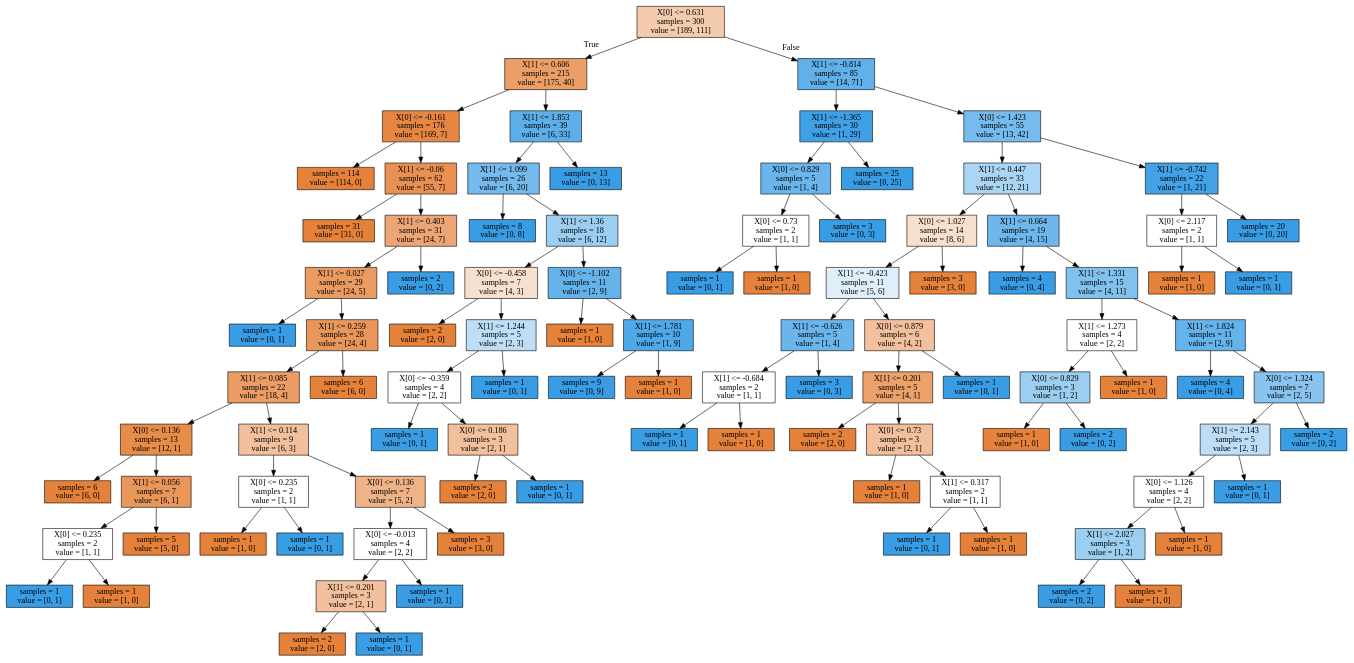
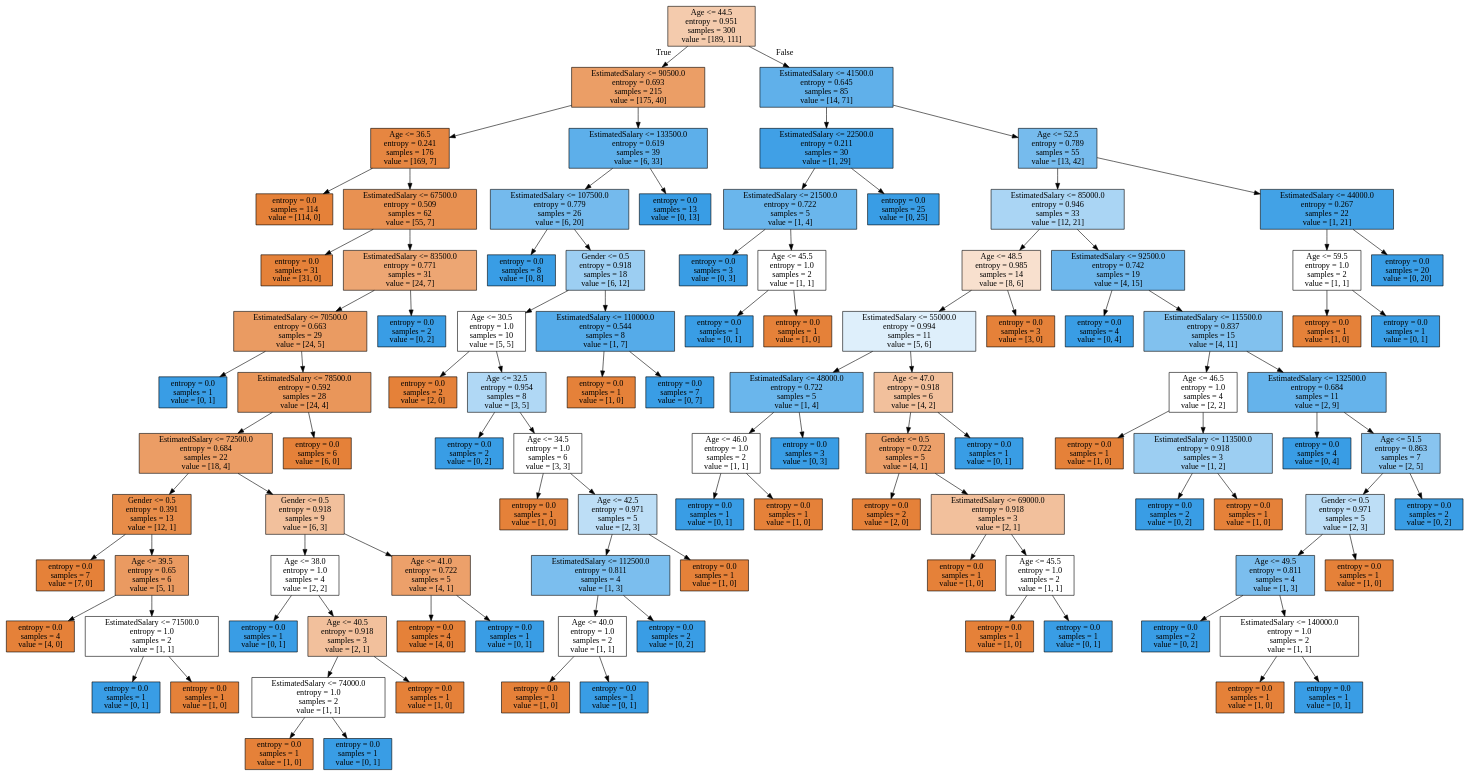
The diagram in Classification Algorithms/tree.dot (FabioMMaia/Machine_Learning), drawn with Graphviz before and after one commit. The commit also changed 16 other files, not shown here.

```diff
--- a/Classification Algorithms/tree.dot
+++ b/Classification Algorithms/tree.dot
@@ -1,204 +1,208 @@
 digraph Tree {
 node [shape=box, style="filled", color="black"] ;
-0 [label="X[0] <= 0.631\nsamples = 300\nvalue = [189, 111]", fillcolor="#f4cbad"] ;
-1 [label="X[1] <= 0.606\nsamples = 215\nvalue = [175, 40]", fillcolor="#eb9e66"] ;
+0 [label="Age <= 44.5\nentropy = 0.951\nsamples = 300\nvalue = [189, 111]", fillcolor="#f4cbad"] ;
+1 [label="EstimatedSalary <= 90500.0\nentropy = 0.693\nsamples = 215\nvalue = [175, 40]", fillcolor="#eb9e66"] ;
 0 -> 1 [labeldistance=2.5, labelangle=45, headlabel="True"] ;
-2 [label="X[0] <= -0.161\nsamples = 176\nvalue = [169, 7]", fillcolor="#e68641"] ;
+2 [label="Age <= 36.5\nentropy = 0.241\nsamples = 176\nvalue = [169, 7]", fillcolor="#e68641"] ;
 1 -> 2 ;
-3 [label="samples = 114\nvalue = [114, 0]", fillcolor="#e58139"] ;
+3 [label="entropy = 0.0\nsamples = 114\nvalue = [114, 0]", fillcolor="#e58139"] ;
 2 -> 3 ;
-4 [label="X[1] <= -0.06\nsamples = 62\nvalue = [55, 7]", fillcolor="#e89152"] ;
+4 [label="EstimatedSalary <= 67500.0\nentropy = 0.509\nsamples = 62\nvalue = [55, 7]", fillcolor="#e89152"] ;
 2 -> 4 ;
-5 [label="samples = 31\nvalue = [31, 0]", fillcolor="#e58139"] ;
+5 [label="entropy = 0.0\nsamples = 31\nvalue = [31, 0]", fillcolor="#e58139"] ;
 4 -> 5 ;
-6 [label="X[1] <= 0.403\nsamples = 31\nvalue = [24, 7]", fillcolor="#eda673"] ;
+6 [label="EstimatedSalary <= 83500.0\nentropy = 0.771\nsamples = 31\nvalue = [24, 7]", fillcolor="#eda673"] ;
 4 -> 6 ;
-7 [label="X[1] <= 0.027\nsamples = 29\nvalue = [24, 5]", fillcolor="#ea9b62"] ;
+7 [label="EstimatedSalary <= 70500.0\nentropy = 0.663\nsamples = 29\nvalue = [24, 5]", fillcolor="#ea9b62"] ;
 6 -> 7 ;
-8 [label="samples = 1\nvalue = [0, 1]", fillcolor="#399de5"] ;
+8 [label="entropy = 0.0\nsamples = 1\nvalue = [0, 1]", fillcolor="#399de5"] ;
 7 -> 8 ;
-9 [label="X[1] <= 0.259\nsamples = 28\nvalue = [24, 4]", fillcolor="#e9965a"] ;
+9 [label="EstimatedSalary <= 78500.0\nentropy = 0.592\nsamples = 28\nvalue = [24, 4]", fillcolor="#e9965a"] ;
 7 -> 9 ;
-10 [label="X[1] <= 0.085\nsamples = 22\nvalue = [18, 4]", fillcolor="#eb9d65"] ;
+10 [label="EstimatedSalary <= 72500.0\nentropy = 0.684\nsamples = 22\nvalue = [18, 4]", fillcolor="#eb9d65"] ;
 9 -> 10 ;
-11 [label="X[0] <= 0.136\nsamples = 13\nvalue = [12, 1]", fillcolor="#e78c49"] ;
+11 [label="Gender <= 0.5\nentropy = 0.391\nsamples = 13\nvalue = [12, 1]", fillcolor="#e78c49"] ;
 10 -> 11 ;
-12 [label="samples = 6\nvalue = [6, 0]", fillcolor="#e58139"] ;
+12 [label="entropy = 0.0\nsamples = 7\nvalue = [7, 0]", fillcolor="#e58139"] ;
 11 -> 12 ;
-13 [label="X[1] <= 0.056\nsamples = 7\nvalue = [6, 1]", fillcolor="#e9965a"] ;
+13 [label="Age <= 39.5\nentropy = 0.65\nsamples = 6\nvalue = [5, 1]", fillcolor="#ea9a61"] ;
 11 -> 13 ;
-14 [label="X[0] <= 0.235\nsamples = 2\nvalue = [1, 1]", fillcolor="#ffffff"] ;
+14 [label="entropy = 0.0\nsamples = 4\nvalue = [4, 0]", fillcolor="#e58139"] ;
 13 -> 14 ;
-15 [label="samples = 1\nvalue = [0, 1]", fillcolor="#399de5"] ;
-14 -> 15 ;
-16 [label="samples = 1\nvalue = [1, 0]", fillcolor="#e58139"] ;
-14 -> 16 ;
-17 [label="samples = 5\nvalue = [5, 0]", fillcolor="#e58139"] ;
-13 -> 17 ;
-18 [label="X[1] <= 0.114\nsamples = 9\nvalue = [6, 3]", fillcolor="#f2c09c"] ;
+15 [label="EstimatedSalary <= 71500.0\nentropy = 1.0\nsamples = 2\nvalue = [1, 1]", fillcolor="#ffffff"] ;
+13 -> 15 ;
+16 [label="entropy = 0.0\nsamples = 1\nvalue = [0, 1]", fillcolor="#399de5"] ;
+15 -> 16 ;
+17 [label="entropy = 0.0\nsamples = 1\nvalue = [1, 0]", fillcolor="#e58139"] ;
+15 -> 17 ;
+18 [label="Gender <= 0.5\nentropy = 0.918\nsamples = 9\nvalue = [6, 3]", fillcolor="#f2c09c"] ;
 10 -> 18 ;
-19 [label="X[0] <= 0.235\nsamples = 2\nvalue = [1, 1]", fillcolor="#ffffff"] ;
+19 [label="Age <= 38.0\nentropy = 1.0\nsamples = 4\nvalue = [2, 2]", fillcolor="#ffffff"] ;
 18 -> 19 ;
-20 [label="samples = 1\nvalue = [1, 0]", fillcolor="#e58139"] ;
+20 [label="entropy = 0.0\nsamples = 1\nvalue = [0, 1]", fillcolor="#399de5"] ;
 19 -> 20 ;
-21 [label="samples = 1\nvalue = [0, 1]", fillcolor="#399de5"] ;
+21 [label="Age <= 40.5\nentropy = 0.918\nsamples = 3\nvalue = [2, 1]", fillcolor="#f2c09c"] ;
 19 -> 21 ;
-22 [label="X[0] <= 0.136\nsamples = 7\nvalue = [5, 2]", fillcolor="#efb388"] ;
-18 -> 22 ;
-23 [label="X[0] <= -0.013\nsamples = 4\nvalue = [2, 2]", fillcolor="#ffffff"] ;
+22 [label="EstimatedSalary <= 74000.0\nentropy = 1.0\nsamples = 2\nvalue = [1, 1]", fillcolor="#ffffff"] ;
+21 -> 22 ;
+23 [label="entropy = 0.0\nsamples = 1\nvalue = [1, 0]", fillcolor="#e58139"] ;
 22 -> 23 ;
-24 [label="X[1] <= 0.201\nsamples = 3\nvalue = [2, 1]", fillcolor="#f2c09c"] ;
-23 -> 24 ;
-25 [label="samples = 2\nvalue = [2, 0]", fillcolor="#e58139"] ;
-24 -> 25 ;
-26 [label="samples = 1\nvalue = [0, 1]", fillcolor="#399de5"] ;
-24 -> 26 ;
-27 [label="samples = 1\nvalue = [0, 1]", fillcolor="#399de5"] ;
-23 -> 27 ;
-28 [label="samples = 3\nvalue = [3, 0]", fillcolor="#e58139"] ;
-22 -> 28 ;
-29 [label="samples = 6\nvalue = [6, 0]", fillcolor="#e58139"] ;
+24 [label="entropy = 0.0\nsamples = 1\nvalue = [0, 1]", fillcolor="#399de5"] ;
+22 -> 24 ;
+25 [label="entropy = 0.0\nsamples = 1\nvalue = [1, 0]", fillcolor="#e58139"] ;
+21 -> 25 ;
+26 [label="Age <= 41.0\nentropy = 0.722\nsamples = 5\nvalue = [4, 1]", fillcolor="#eca06a"] ;
+18 -> 26 ;
+27 [label="entropy = 0.0\nsamples = 4\nvalue = [4, 0]", fillcolor="#e58139"] ;
+26 -> 27 ;
+28 [label="entropy = 0.0\nsamples = 1\nvalue = [0, 1]", fillcolor="#399de5"] ;
+26 -> 28 ;
+29 [label="entropy = 0.0\nsamples = 6\nvalue = [6, 0]", fillcolor="#e58139"] ;
 9 -> 29 ;
-30 [label="samples = 2\nvalue = [0, 2]", fillcolor="#399de5"] ;
+30 [label="entropy = 0.0\nsamples = 2\nvalue = [0, 2]", fillcolor="#399de5"] ;
 6 -> 30 ;
-31 [label="X[1] <= 1.853\nsamples = 39\nvalue = [6, 33]", fillcolor="#5dafea"] ;
+31 [label="EstimatedSalary <= 133500.0\nentropy = 0.619\nsamples = 39\nvalue = [6, 33]", fillcolor="#5dafea"] ;
 1 -> 31 ;
-32 [label="X[1] <= 1.099\nsamples = 26\nvalue = [6, 20]", fillcolor="#74baed"] ;
+32 [label="EstimatedSalary <= 107500.0\nentropy = 0.779\nsamples = 26\nvalue = [6, 20]", fillcolor="#74baed"] ;
 31 -> 32 ;
-33 [label="samples = 8\nvalue = [0, 8]", fillcolor="#399de5"] ;
+33 [label="entropy = 0.0\nsamples = 8\nvalue = [0, 8]", fillcolor="#399de5"] ;
 32 -> 33 ;
-34 [label="X[1] <= 1.36\nsamples = 18\nvalue = [6, 12]", fillcolor="#9ccef2"] ;
+34 [label="Gender <= 0.5\nentropy = 0.918\nsamples = 18\nvalue = [6, 12]", fillcolor="#9ccef2"] ;
 32 -> 34 ;
-35 [label="X[0] <= -0.458\nsamples = 7\nvalue = [4, 3]", fillcolor="#f8e0ce"] ;
+35 [label="Age <= 30.5\nentropy = 1.0\nsamples = 10\nvalue = [5, 5]", fillcolor="#ffffff"] ;
 34 -> 35 ;
-36 [label="samples = 2\nvalue = [2, 0]", fillcolor="#e58139"] ;
+36 [label="entropy = 0.0\nsamples = 2\nvalue = [2, 0]", fillcolor="#e58139"] ;
 35 -> 36 ;
-37 [label="X[1] <= 1.244\nsamples = 5\nvalue = [2, 3]", fillcolor="#bddef6"] ;
+37 [label="Age <= 32.5\nentropy = 0.954\nsamples = 8\nvalue = [3, 5]", fillcolor="#b0d8f5"] ;
 35 -> 37 ;
-38 [label="X[0] <= -0.359\nsamples = 4\nvalue = [2, 2]", fillcolor="#ffffff"] ;
+38 [label="entropy = 0.0\nsamples = 2\nvalue = [0, 2]", fillcolor="#399de5"] ;
 37 -> 38 ;
-39 [label="samples = 1\nvalue = [0, 1]", fillcolor="#399de5"] ;
-38 -> 39 ;
-40 [label="X[0] <= 0.186\nsamples = 3\nvalue = [2, 1]", fillcolor="#f2c09c"] ;
-38 -> 40 ;
-41 [label="samples = 2\nvalue = [2, 0]", fillcolor="#e58139"] ;
-40 -> 41 ;
-42 [label="samples = 1\nvalue = [0, 1]", fillcolor="#399de5"] ;
-40 -> 42 ;
-43 [label="samples = 1\nvalue = [0, 1]", fillcolor="#399de5"] ;
-37 -> 43 ;
-44 [label="X[0] <= -1.102\nsamples = 11\nvalue = [2, 9]", fillcolor="#65b3eb"] ;
-34 -> 44 ;
-45 [label="samples = 1\nvalue = [1, 0]", fillcolor="#e58139"] ;
-44 -> 45 ;
-46 [label="X[1] <= 1.781\nsamples = 10\nvalue = [1, 9]", fillcolor="#4fa8e8"] ;
-44 -> 46 ;
-47 [label="samples = 9\nvalue = [0, 9]", fillcolor="#399de5"] ;
-46 -> 47 ;
-48 [label="samples = 1\nvalue = [1, 0]", fillcolor="#e58139"] ;
-46 -> 48 ;
-49 [label="samples = 13\nvalue = [0, 13]", fillcolor="#399de5"] ;
-31 -> 49 ;
-50 [label="X[1] <= -0.814\nsamples = 85\nvalue = [14, 71]", fillcolor="#60b0ea"] ;
-0 -> 50 [labeldistance=2.5, labelangle=-45, headlabel="False"] ;
-51 [label="X[1] <= -1.365\nsamples = 30\nvalue = [1, 29]", fillcolor="#40a0e6"] ;
-50 -> 51 ;
-52 [label="X[0] <= 0.829\nsamples = 5\nvalue = [1, 4]", fillcolor="#6ab6ec"] ;
-51 -> 52 ;
-53 [label="X[0] <= 0.73\nsamples = 2\nvalue = [1, 1]", fillcolor="#ffffff"] ;
+39 [label="Age <= 34.5\nentropy = 1.0\nsamples = 6\nvalue = [3, 3]", fillcolor="#ffffff"] ;
+37 -> 39 ;
+40 [label="entropy = 0.0\nsamples = 1\nvalue = [1, 0]", fillcolor="#e58139"] ;
+39 -> 40 ;
+41 [label="Age <= 42.5\nentropy = 0.971\nsamples = 5\nvalue = [2, 3]", fillcolor="#bddef6"] ;
+39 -> 41 ;
+42 [label="EstimatedSalary <= 112500.0\nentropy = 0.811\nsamples = 4\nvalue = [1, 3]", fillcolor="#7bbeee"] ;
+41 -> 42 ;
+43 [label="Age <= 40.0\nentropy = 1.0\nsamples = 2\nvalue = [1, 1]", fillcolor="#ffffff"] ;
+42 -> 43 ;
+44 [label="entropy = 0.0\nsamples = 1\nvalue = [1, 0]", fillcolor="#e58139"] ;
+43 -> 44 ;
+45 [label="entropy = 0.0\nsamples = 1\nvalue = [0, 1]", fillcolor="#399de5"] ;
+43 -> 45 ;
+46 [label="entropy = 0.0\nsamples = 2\nvalue = [0, 2]", fillcolor="#399de5"] ;
+42 -> 46 ;
+47 [label="entropy = 0.0\nsamples = 1\nvalue = [1, 0]", fillcolor="#e58139"] ;
+41 -> 47 ;
+48 [label="EstimatedSalary <= 110000.0\nentropy = 0.544\nsamples = 8\nvalue = [1, 7]", fillcolor="#55abe9"] ;
+34 -> 48 ;
+49 [label="entropy = 0.0\nsamples = 1\nvalue = [1, 0]", fillcolor="#e58139"] ;
+48 -> 49 ;
+50 [label="entropy = 0.0\nsamples = 7\nvalue = [0, 7]", fillcolor="#399de5"] ;
+48 -> 50 ;
+51 [label="entropy = 0.0\nsamples = 13\nvalue = [0, 13]", fillcolor="#399de5"] ;
+31 -> 51 ;
+52 [label="EstimatedSalary <= 41500.0\nentropy = 0.645\nsamples = 85\nvalue = [14, 71]", fillcolor="#60b0ea"] ;
+0 -> 52 [labeldistance=2.5, labelangle=-45, headlabel="False"] ;
+53 [label="EstimatedSalary <= 22500.0\nentropy = 0.211\nsamples = 30\nvalue = [1, 29]", fillcolor="#40a0e6"] ;
 52 -> 53 ;
-54 [label="samples = 1\nvalue = [0, 1]", fillcolor="#399de5"] ;
+54 [label="EstimatedSalary <= 21500.0\nentropy = 0.722\nsamples = 5\nvalue = [1, 4]", fillcolor="#6ab6ec"] ;
 53 -> 54 ;
-55 [label="samples = 1\nvalue = [1, 0]", fillcolor="#e58139"] ;
-53 -> 55 ;
-56 [label="samples = 3\nvalue = [0, 3]", fillcolor="#399de5"] ;
-52 -> 56 ;
-57 [label="samples = 25\nvalue = [0, 25]", fillcolor="#399de5"] ;
-51 -> 57 ;
-58 [label="X[0] <= 1.423\nsamples = 55\nvalue = [13, 42]", fillcolor="#76bbed"] ;
-50 -> 58 ;
-59 [label="X[1] <= 0.447\nsamples = 33\nvalue = [12, 21]", fillcolor="#aad5f4"] ;
-58 -> 59 ;
-60 [label="X[0] <= 1.027\nsamples = 14\nvalue = [8, 6]", fillcolor="#f8e0ce"] ;
-59 -> 60 ;
-61 [label="X[1] <= -0.423\nsamples = 11\nvalue = [5, 6]", fillcolor="#deeffb"] ;
+55 [label="entropy = 0.0\nsamples = 3\nvalue = [0, 3]", fillcolor="#399de5"] ;
+54 -> 55 ;
+56 [label="Age <= 45.5\nentropy = 1.0\nsamples = 2\nvalue = [1, 1]", fillcolor="#ffffff"] ;
+54 -> 56 ;
+57 [label="entropy = 0.0\nsamples = 1\nvalue = [0, 1]", fillcolor="#399de5"] ;
+56 -> 57 ;
+58 [label="entropy = 0.0\nsamples = 1\nvalue = [1, 0]", fillcolor="#e58139"] ;
+56 -> 58 ;
+59 [label="entropy = 0.0\nsamples = 25\nvalue = [0, 25]", fillcolor="#399de5"] ;
+53 -> 59 ;
+60 [label="Age <= 52.5\nentropy = 0.789\nsamples = 55\nvalue = [13, 42]", fillcolor="#76bbed"] ;
+52 -> 60 ;
+61 [label="EstimatedSalary <= 85000.0\nentropy = 0.946\nsamples = 33\nvalue = [12, 21]", fillcolor="#aad5f4"] ;
 60 -> 61 ;
-62 [label="X[1] <= -0.626\nsamples = 5\nvalue = [1, 4]", fillcolor="#6ab6ec"] ;
+62 [label="Age <= 48.5\nentropy = 0.985\nsamples = 14\nvalue = [8, 6]", fillcolor="#f8e0ce"] ;
 61 -> 62 ;
-63 [label="X[1] <= -0.684\nsamples = 2\nvalue = [1, 1]", fillcolor="#ffffff"] ;
+63 [label="EstimatedSalary <= 55000.0\nentropy = 0.994\nsamples = 11\nvalue = [5, 6]", fillcolor="#deeffb"] ;
 62 -> 63 ;
-64 [label="samples = 1\nvalue = [0, 1]", fillcolor="#399de5"] ;
+64 [label="EstimatedSalary <= 48000.0\nentropy = 0.722\nsamples = 5\nvalue = [1, 4]", fillcolor="#6ab6ec"] ;
 63 -> 64 ;
-65 [label="samples = 1\nvalue = [1, 0]", fillcolor="#e58139"] ;
-63 -> 65 ;
-66 [label="samples = 3\nvalue = [0, 3]", fillcolor="#399de5"] ;
-62 -> 66 ;
-67 [label="X[0] <= 0.879\nsamples = 6\nvalue = [4, 2]", fillcolor="#f2c09c"] ;
-61 -> 67 ;
-68 [label="X[1] <= 0.201\nsamples = 5\nvalue = [4, 1]", fillcolor="#eca06a"] ;
-67 -> 68 ;
-69 [label="samples = 2\nvalue = [2, 0]", fillcolor="#e58139"] ;
-68 -> 69 ;
-70 [label="X[0] <= 0.73\nsamples = 3\nvalue = [2, 1]", fillcolor="#f2c09c"] ;
-68 -> 70 ;
-71 [label="samples = 1\nvalue = [1, 0]", fillcolor="#e58139"] ;
+65 [label="Age <= 46.0\nentropy = 1.0\nsamples = 2\nvalue = [1, 1]", fillcolor="#ffffff"] ;
+64 -> 65 ;
+66 [label="entropy = 0.0\nsamples = 1\nvalue = [0, 1]", fillcolor="#399de5"] ;
+65 -> 66 ;
+67 [label="entropy = 0.0\nsamples = 1\nvalue = [1, 0]", fillcolor="#e58139"] ;
+65 -> 67 ;
+68 [label="entropy = 0.0\nsamples = 3\nvalue = [0, 3]", fillcolor="#399de5"] ;
+64 -> 68 ;
+69 [label="Age <= 47.0\nentropy = 0.918\nsamples = 6\nvalue = [4, 2]", fillcolor="#f2c09c"] ;
+63 -> 69 ;
+70 [label="Gender <= 0.5\nentropy = 0.722\nsamples = 5\nvalue = [4, 1]", fillcolor="#eca06a"] ;
+69 -> 70 ;
+71 [label="entropy = 0.0\nsamples = 2\nvalue = [2, 0]", fillcolor="#e58139"] ;
 70 -> 71 ;
-72 [label="X[1] <= 0.317\nsamples = 2\nvalue = [1, 1]", fillcolor="#ffffff"] ;
+72 [label="EstimatedSalary <= 69000.0\nentropy = 0.918\nsamples = 3\nvalue = [2, 1]", fillcolor="#f2c09c"] ;
 70 -> 72 ;
-73 [label="samples = 1\nvalue = [0, 1]", fillcolor="#399de5"] ;
+73 [label="entropy = 0.0\nsamples = 1\nvalue = [1, 0]", fillcolor="#e58139"] ;
 72 -> 73 ;
-74 [label="samples = 1\nvalue = [1, 0]", fillcolor="#e58139"] ;
+74 [label="Age <= 45.5\nentropy = 1.0\nsamples = 2\nvalue = [1, 1]", fillcolor="#ffffff"] ;
 72 -> 74 ;
-75 [label="samples = 1\nvalue = [0, 1]", fillcolor="#399de5"] ;
-67 -> 75 ;
-76 [label="samples = 3\nvalue = [3, 0]", fillcolor="#e58139"] ;
-60 -> 76 ;
-77 [label="X[1] <= 0.664\nsamples = 19\nvalue = [4, 15]", fillcolor="#6eb7ec"] ;
-59 -> 77 ;
-78 [label="samples = 4\nvalue = [0, 4]", fillcolor="#399de5"] ;
-77 -> 78 ;
-79 [label="X[1] <= 1.331\nsamples = 15\nvalue = [4, 11]", fillcolor="#81c1ee"] ;
-77 -> 79 ;
-80 [label="X[1] <= 1.273\nsamples = 4\nvalue = [2, 2]", fillcolor="#ffffff"] ;
+75 [label="entropy = 0.0\nsamples = 1\nvalue = [1, 0]", fillcolor="#e58139"] ;
+74 -> 75 ;
+76 [label="entropy = 0.0\nsamples = 1\nvalue = [0, 1]", fillcolor="#399de5"] ;
+74 -> 76 ;
+77 [label="entropy = 0.0\nsamples = 1\nvalue = [0, 1]", fillcolor="#399de5"] ;
+69 -> 77 ;
+78 [label="entropy = 0.0\nsamples = 3\nvalue = [3, 0]", fillcolor="#e58139"] ;
+62 -> 78 ;
+79 [label="EstimatedSalary <= 92500.0\nentropy = 0.742\nsamples = 19\nvalue = [4, 15]", fillcolor="#6eb7ec"] ;
+61 -> 79 ;
+80 [label="entropy = 0.0\nsamples = 4\nvalue = [0, 4]", fillcolor="#399de5"] ;
 79 -> 80 ;
-81 [label="X[0] <= 0.829\nsamples = 3\nvalue = [1, 2]", fillcolor="#9ccef2"] ;
-80 -> 81 ;
-82 [label="samples = 1\nvalue = [1, 0]", fillcolor="#e58139"] ;
+81 [label="EstimatedSalary <= 115500.0\nentropy = 0.837\nsamples = 15\nvalue = [4, 11]", fillcolor="#81c1ee"] ;
+79 -> 81 ;
+82 [label="Age <= 46.5\nentropy = 1.0\nsamples = 4\nvalue = [2, 2]", fillcolor="#ffffff"] ;
 81 -> 82 ;
-83 [label="samples = 2\nvalue = [0, 2]", fillcolor="#399de5"] ;
-81 -> 83 ;
-84 [label="samples = 1\nvalue = [1, 0]", fillcolor="#e58139"] ;
-80 -> 84 ;
-85 [label="X[1] <= 1.824\nsamples = 11\nvalue = [2, 9]", fillcolor="#65b3eb"] ;
-79 -> 85 ;
-86 [label="samples = 4\nvalue = [0, 4]", fillcolor="#399de5"] ;
-85 -> 86 ;
-87 [label="X[0] <= 1.324\nsamples = 7\nvalue = [2, 5]", fillcolor="#88c4ef"] ;
-85 -> 87 ;
-88 [label="X[1] <= 2.143\nsamples = 5\nvalue = [2, 3]", fillcolor="#bddef6"] ;
+83 [label="entropy = 0.0\nsamples = 1\nvalue = [1, 0]", fillcolor="#e58139"] ;
+82 -> 83 ;
+84 [label="EstimatedSalary <= 113500.0\nentropy = 0.918\nsamples = 3\nvalue = [1, 2]", fillcolor="#9ccef2"] ;
+82 -> 84 ;
+85 [label="entropy = 0.0\nsamples = 2\nvalue = [0, 2]", fillcolor="#399de5"] ;
+84 -> 85 ;
+86 [label="entropy = 0.0\nsamples = 1\nvalue = [1, 0]", fillcolor="#e58139"] ;
+84 -> 86 ;
+87 [label="EstimatedSalary <= 132500.0\nentropy = 0.684\nsamples = 11\nvalue = [2, 9]", fillcolor="#65b3eb"] ;
+81 -> 87 ;
+88 [label="entropy = 0.0\nsamples = 4\nvalue = [0, 4]", fillcolor="#399de5"] ;
 87 -> 88 ;
-89 [label="X[0] <= 1.126\nsamples = 4\nvalue = [2, 2]", fillcolor="#ffffff"] ;
-88 -> 89 ;
-90 [label="X[1] <= 2.027\nsamples = 3\nvalue = [1, 2]", fillcolor="#9ccef2"] ;
+89 [label="Age <= 51.5\nentropy = 0.863\nsamples = 7\nvalue = [2, 5]", fillcolor="#88c4ef"] ;
+87 -> 89 ;
+90 [label="Gender <= 0.5\nentropy = 0.971\nsamples = 5\nvalue = [2, 3]", fillcolor="#bddef6"] ;
 89 -> 90 ;
-91 [label="samples = 2\nvalue = [0, 2]", fillcolor="#399de5"] ;
+91 [label="Age <= 49.5\nentropy = 0.811\nsamples = 4\nvalue = [1, 3]", fillcolor="#7bbeee"] ;
 90 -> 91 ;
-92 [label="samples = 1\nvalue = [1, 0]", fillcolor="#e58139"] ;
-90 -> 92 ;
-93 [label="samples = 1\nvalue = [1, 0]", fillcolor="#e58139"] ;
-89 -> 93 ;
-94 [label="samples = 1\nvalue = [0, 1]", fillcolor="#399de5"] ;
-88 -> 94 ;
-95 [label="samples = 2\nvalue = [0, 2]", fillcolor="#399de5"] ;
-87 -> 95 ;
-96 [label="X[1] <= -0.742\nsamples = 22\nvalue = [1, 21]", fillcolor="#42a2e6"] ;
-58 -> 96 ;
-97 [label="X[0] <= 2.117\nsamples = 2\nvalue = [1, 1]", fillcolor="#ffffff"] ;
-96 -> 97 ;
-98 [label="samples = 1\nvalue = [1, 0]", fillcolor="#e58139"] ;
-97 -> 98 ;
-99 [label="samples = 1\nvalue = [0, 1]", fillcolor="#399de5"] ;
-97 -> 99 ;
-100 [label="samples = 20\nvalue = [0, 20]", fillcolor="#399de5"] ;
-96 -> 100 ;
+92 [label="entropy = 0.0\nsamples = 2\nvalue = [0, 2]", fillcolor="#399de5"] ;
+91 -> 92 ;
+93 [label="EstimatedSalary <= 140000.0\nentropy = 1.0\nsamples = 2\nvalue = [1, 1]", fillcolor="#ffffff"] ;
+91 -> 93 ;
+94 [label="entropy = 0.0\nsamples = 1\nvalue = [1, 0]", fillcolor="#e58139"] ;
+93 -> 94 ;
+95 [label="entropy = 0.0\nsamples = 1\nvalue = [0, 1]", fillcolor="#399de5"] ;
+93 -> 95 ;
+96 [label="entropy = 0.0\nsamples = 1\nvalue = [1, 0]", fillcolor="#e58139"] ;
+90 -> 96 ;
+97 [label="entropy = 0.0\nsamples = 2\nvalue = [0, 2]", fillcolor="#399de5"] ;
+89 -> 97 ;
+98 [label="EstimatedSalary <= 44000.0\nentropy = 0.267\nsamples = 22\nvalue = [1, 21]", fillcolor="#42a2e6"] ;
+60 -> 98 ;
+99 [label="Age <= 59.5\nentropy = 1.0\nsamples = 2\nvalue = [1, 1]", fillcolor="#ffffff"] ;
+98 -> 99 ;
+100 [label="entropy = 0.0\nsamples = 1\nvalue = [1, 0]", fillcolor="#e58139"] ;
+99 -> 100 ;
+101 [label="entropy = 0.0\nsamples = 1\nvalue = [0, 1]", fillcolor="#399de5"] ;
+99 -> 101 ;
+102 [label="entropy = 0.0\nsamples = 20\nvalue = [0, 20]", fillcolor="#399de5"] ;
+98 -> 102 ;
 }
```
